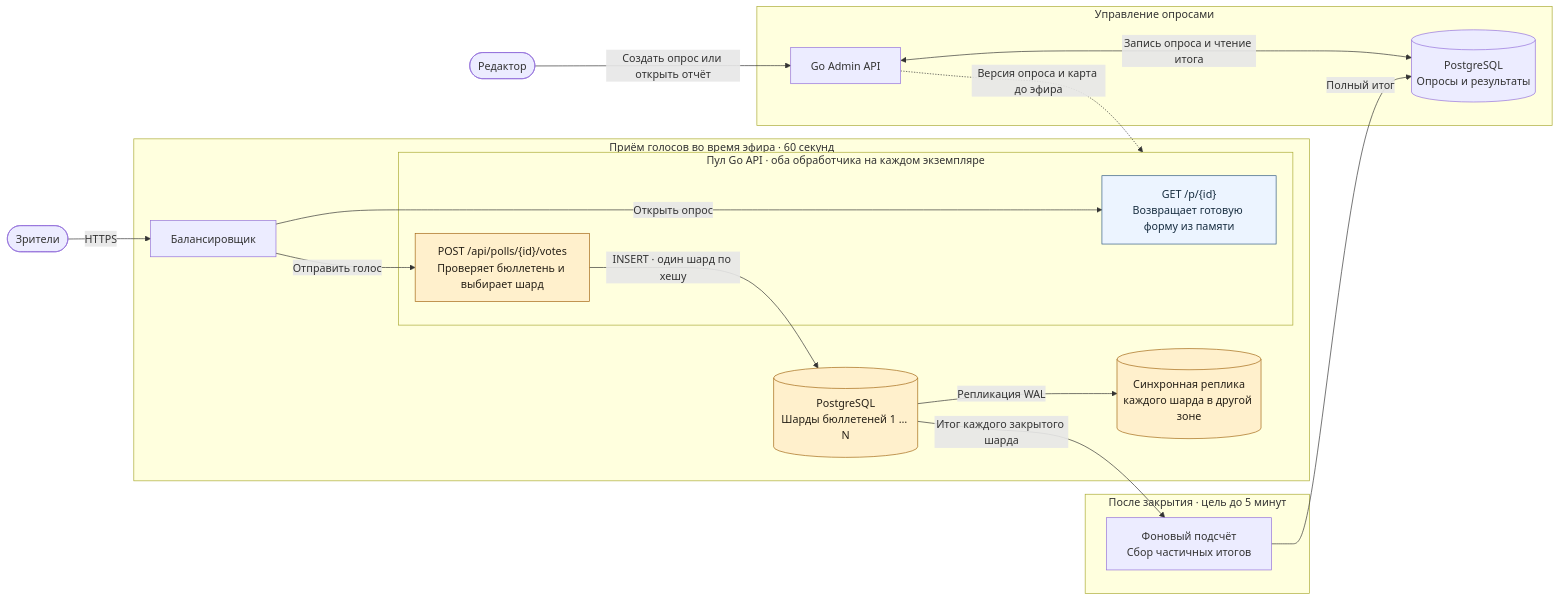
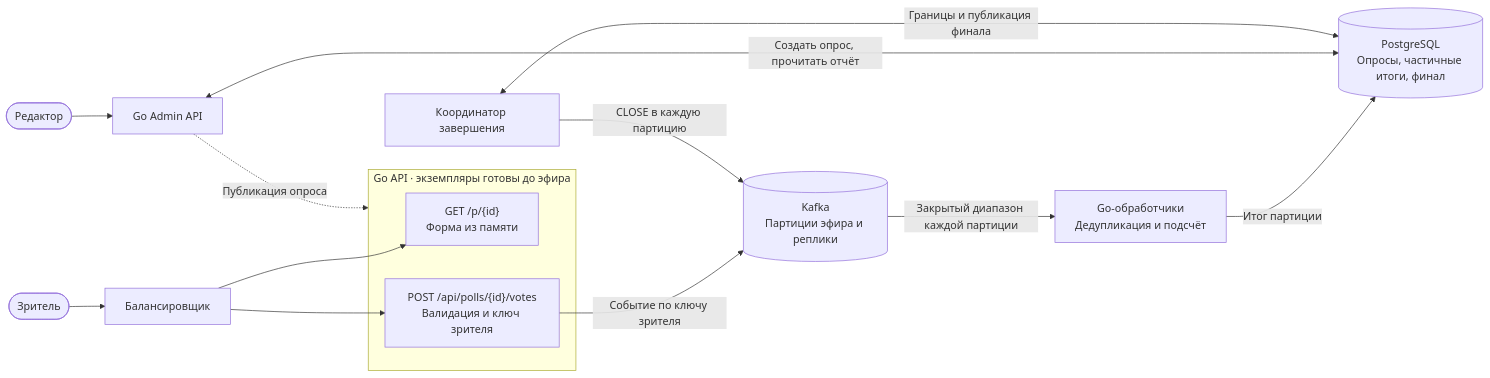
Before and after one commit to rococo4/televote: the diagram in DESIGN.md, drawn with Mermaid. The commit also changed other lines of this file and 7 other files, not shown here.

````diff
--- a/DESIGN.md
+++ b/DESIGN.md
@@ -40,40 +28,18 @@
 ```mermaid
 flowchart LR
-    viewer(["Зрители"])
-    editor(["Редактор"])
-
-    subgraph live["Приём голосов во время эфира · 60 секунд"]
-        lb["Балансировщик"]
-        subgraph api["Пул Go API · оба обработчика на каждом экземпляре"]
-            read["GET /p/{id}<br/>Возвращает готовую форму из памяти"]
-            vote["POST /api/polls/{id}/votes<br/>Проверяет бюллетень и выбирает шард"]
-        end
-        ballots[("PostgreSQL<br/>Шарды бюллетеней 1 … N")]
-        replicas[("Синхронная реплика<br/>каждого шарда в другой зоне")]
-        lb -->|"Открыть опрос"| read
-        lb -->|"Отправить голос"| vote
-        vote -->|"INSERT · один шард по хешу"| ballots
-        ballots -->|"Репликация WAL"| replicas
+    viewer(["Зритель"]) --> lb["Балансировщик"]
+    subgraph api["Go API · экземпляры готовы до эфира"]
+        get["GET /p/{id}<br/>Форма из памяти"]
+        post["POST /api/polls/{id}/votes<br/>Валидация и ключ зрителя"]
     end
-
-    subgraph count["После закрытия · цель до 5 минут"]
-        tally["Фоновый подсчёт<br/>Сбор частичных итогов"]
-    end
-
-    subgraph management["Управление опросами"]
-        admin["Go Admin API"]
-        results[("PostgreSQL<br/>Опросы и результаты")]
-        admin <-->|"Запись опроса и чтение итога"| results
-    end
-
-    viewer -->|"HTTPS"| lb
-    editor -->|"Создать опрос или открыть отчёт"| admin
-    admin -.->|"Версия опроса и карта до эфира"| api
-    ballots -->|"Итог каждого закрытого шарда"| tally
-    tally -->|"Полный итог"| results
-
-    classDef writePath fill:#fff0cc,stroke:#a36613,color:#262017
-    classDef readPath fill:#ecf4ff,stroke:#315a84,color:#182e41
-    class vote,ballots,replicas writePath
-    class read readPath
+    lb --> get
+    lb --> post
+    post -->|"Событие по ключу зрителя"| log[("Kafka<br/>Партиции эфира и реплики")]
+    log -->|"Закрытый диапазон каждой партиции"| workers["Go-обработчики<br/>Дедупликация и подсчёт"]
+    workers -->|"Итог партиции"| sql[("PostgreSQL<br/>Опросы, частичные итоги, финал")]
+    editor(["Редактор"]) --> admin["Go Admin API"]
+    admin <-->|"Создать опрос, прочитать отчёт"| sql
+    admin -.->|"Публикация опроса"| api
+    close["Координатор завершения"] -->|"CLOSE в каждую партицию"| log
+    close <-->|"Границы и публикация финала"| sql
 ```
````
